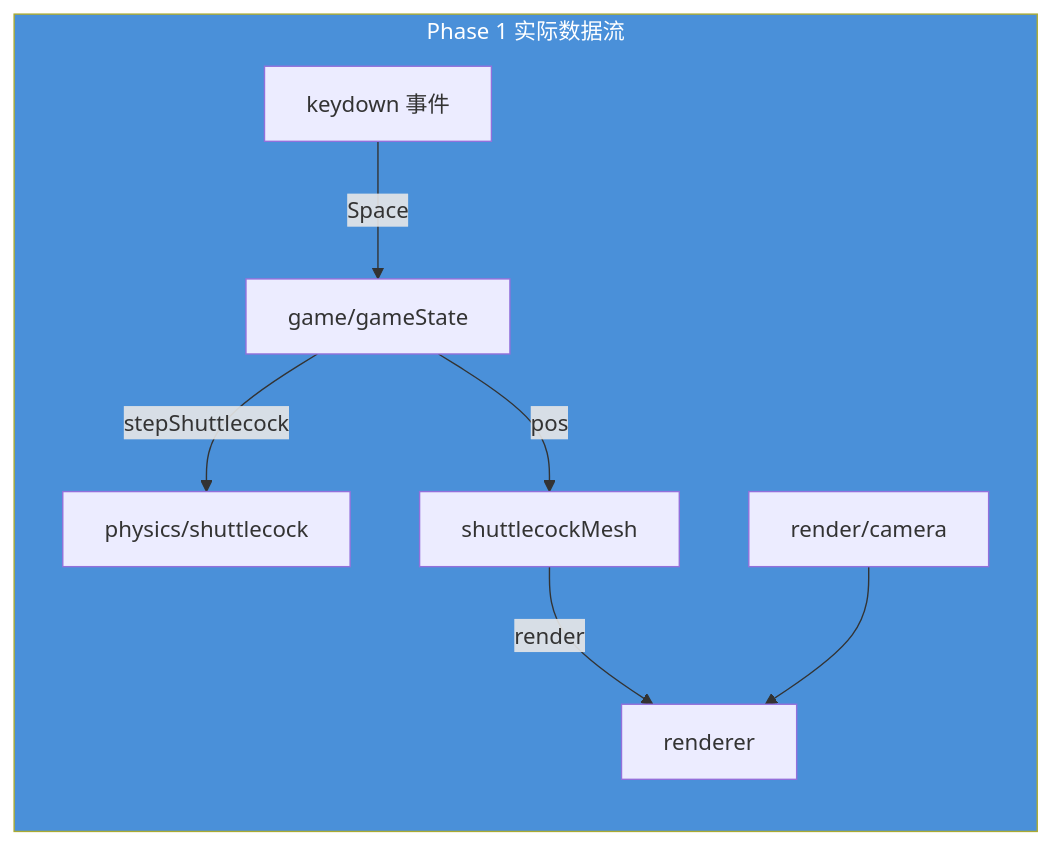
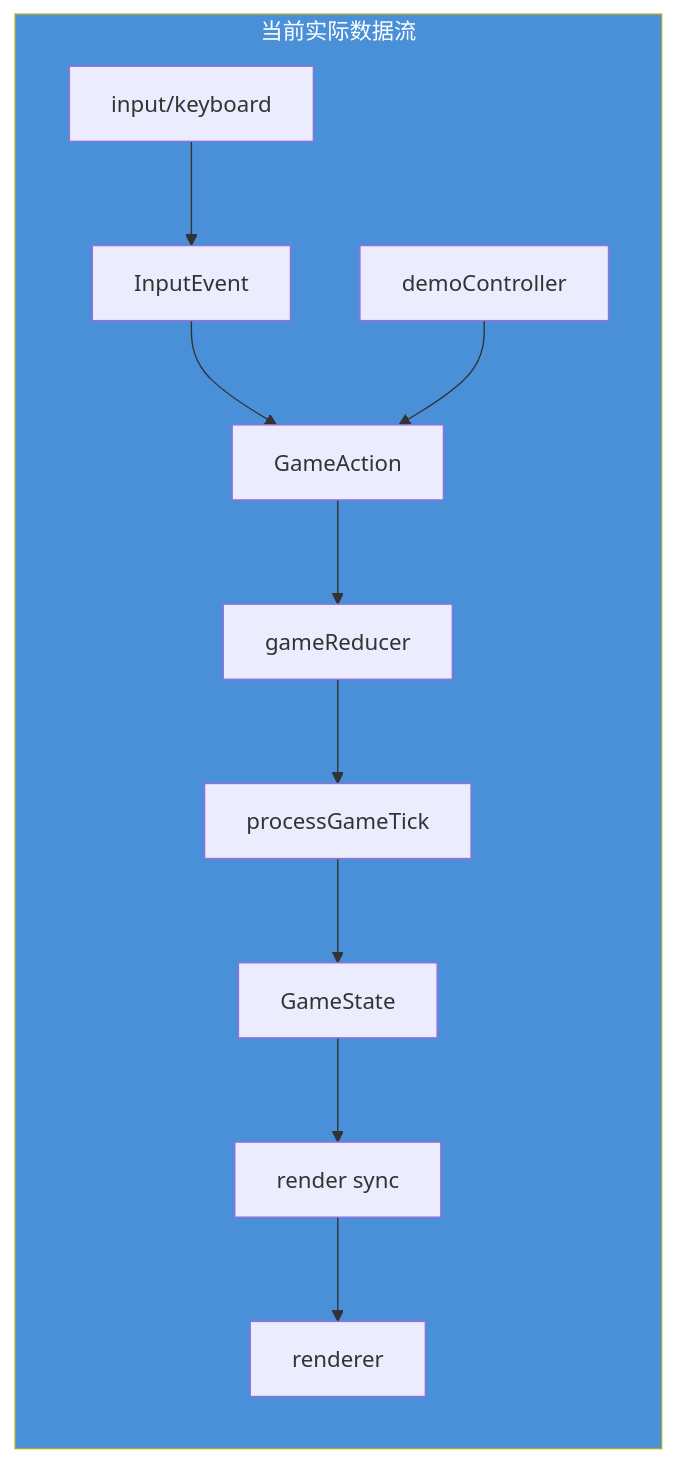
One commit to mizy/badminton-web changed the second of 5 diagrams in docs/architecture.md. Above: the diagram before and after it, drawn with Mermaid. The commit also changed other lines of this file and 38 other files, not shown here.

````diff
--- a/docs/architecture.md
+++ b/docs/architecture.md
@@ -105,12 +144,15 @@
 ```mermaid
 graph LR
-    subgraph Phase1["Phase 1 实际数据流"]
-        KB[keydown 事件] -->|Space| GS1[game/gameState]
-        GS1 -->|stepShuttlecock| S1[physics/shuttlecock]
-        GS1 -->|pos| M1[shuttlecockMesh]
-        M1 -->|render| R1[renderer]
-        CAM1[render/camera] --> R1
+    subgraph Runtime["当前实际数据流"]
+        KB[input/keyboard] --> IE[InputEvent]
+        IE --> GA[GameAction]
+        DEMO[demoController] --> GA
+        GA --> REDUCER[gameReducer]
+        REDUCER --> TICK[processGameTick]
+        TICK --> STATE[GameState]
+        STATE --> SYNC[render sync]
+        SYNC --> R1[renderer]
     end
 
-    style Phase1 fill:#4a90d9,color:#fff
+    style Runtime fill:#4a90d9,color:#fff
 ```
````
